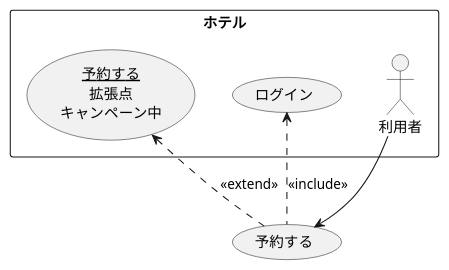
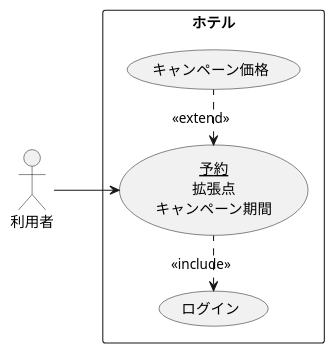
One commit to hitokin/uml_introduction changed the diagram in 演習2-4_キャンペーン中のホテル宿泊予約.pu. Above: the diagram before and after it, drawn with PlantUML. The commit also changed 4 other files, not shown here.

```diff
--- a/演習2-4_キャンペーン中のホテル宿泊予約.pu
+++ b/演習2-4_キャンペーン中のホテル宿泊予約.pu
@@ -1,11 +1,14 @@
 @startuml ユースケース図
-' left to right direction
+left to right direction
+actor 利用者
 rectangle ホテル {
-actor 利用者
-usecase (<u>予約する</u>\n拡張点\nキャンペーン中) as input
+usecase (<u>予約</u>\n拡張点\nキャンペーン期間) as input
 usecase ログイン
+usecase キャンペーン価格
+
 }
-input <. (予約する) : <<extend>>
-利用者 --> 予約する
-ログイン <. 予約する : <<include>>
+
+利用者 --> input
+ログイン <. input : <<include>>
+input <. キャンペーン価格 : <<extend>>
 @enduml
```
